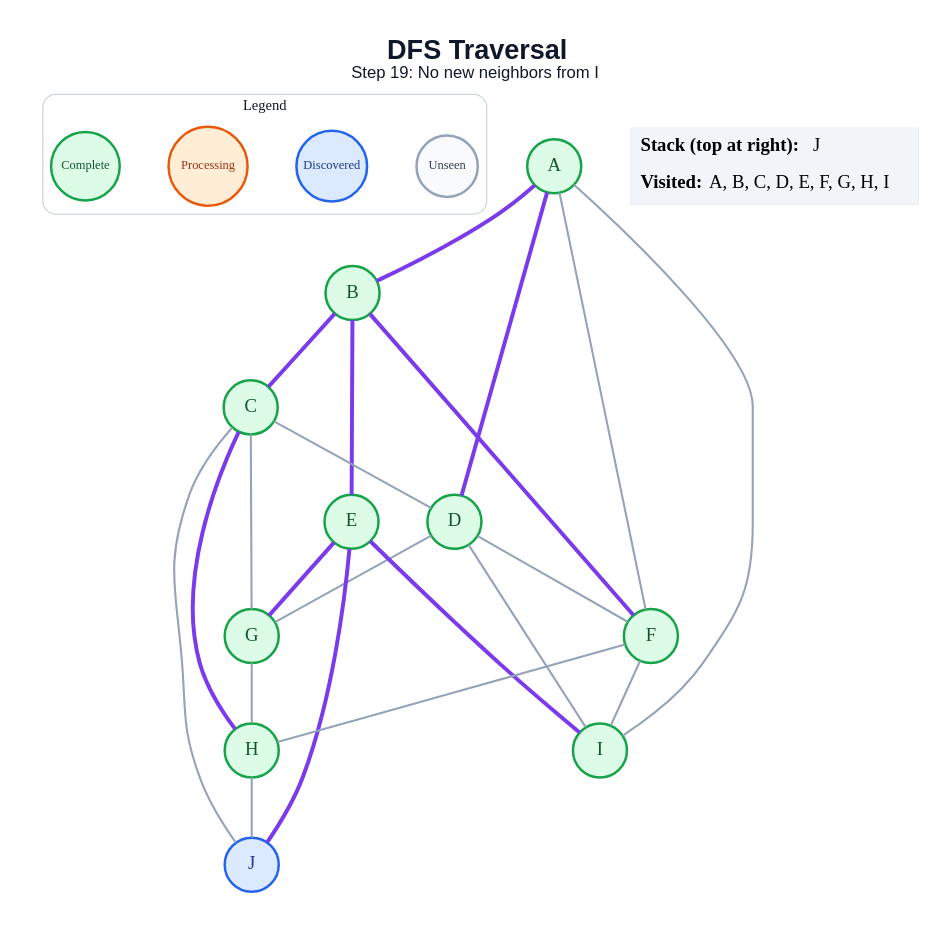
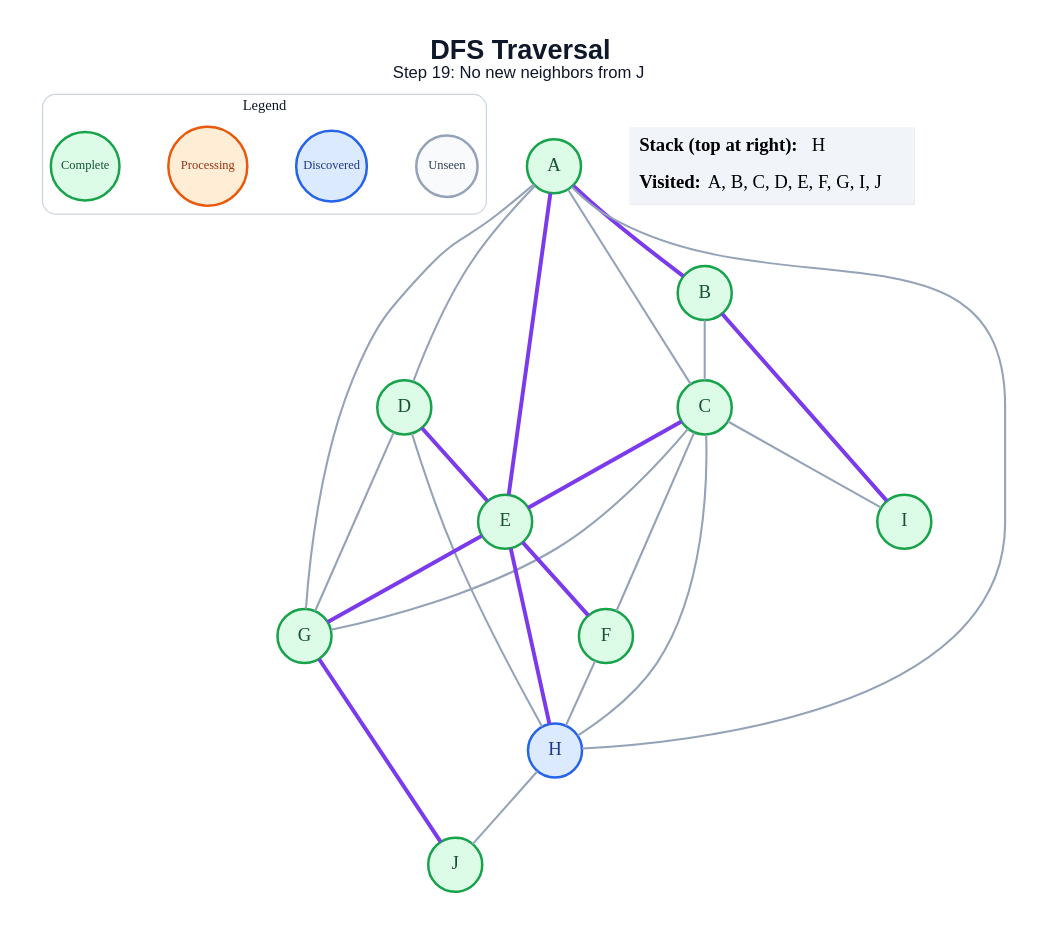
The diagram in generated/specific-node/dfs/step_19.dot (amanghodawala9/ai-slop), drawn with Graphviz before and after one commit. The commit also changed 178 other files, not shown here.

```diff
--- a/generated/specific-node/dfs/step_19.dot
+++ b/generated/specific-node/dfs/step_19.dot
@@ -1,50 +1,51 @@
 graph traversal {
   graph [layout=dot, rankdir=TB, bgcolor="#FFFFFF", pad="0.35", nodesep="0.65", ranksep="0.8", fontname="Arial"];
   node [shape=circle, style="filled", fontname="Arial Bold", fontsize=18, width=0.72, fixedsize=true, penwidth=2.4];
   edge [color="#94A3B8", penwidth=2.0];
-  label=<<B>DFS Traversal</B><BR/><FONT POINT-SIZE="16">Step 19: No new neighbors from I</FONT>>; labelloc="t"; fontsize=26; fontname="Arial"; fontcolor="#0F172A";
+  label=<<B>DFS Traversal</B><BR/><FONT POINT-SIZE="16">Step 19: No new neighbors from J</FONT>>; labelloc="t"; fontsize=26; fontname="Arial"; fontcolor="#0F172A";
   subgraph cluster_legend { label="Legend"; color="#CBD5E1"; penwidth=1.2; style="rounded"; fontsize=14; fontname="Arial Bold";
     key_unseen [label="Unseen", fillcolor="#F8FAFC", color="#94A3B8", fontcolor="#334155", fontsize=12, width=0.82];
     key_frontier [label="Discovered", fillcolor="#DBEAFE", color="#2563EB", fontcolor="#1E3A8A", fontsize=12, width=0.95];
     key_current [label="Processing", fillcolor="#FFEDD5", color="#EA580C", fontcolor="#9A3412", fontsize=12, width=1.05];
     key_done [label="Complete", fillcolor="#DCFCE7", color="#16A34A", fontcolor="#14532D", fontsize=12, width=0.92];
     { rank=same; key_unseen; key_frontier; key_current; key_done; }
   }
   A [fillcolor="#DCFCE7", color="#16A34A", fontcolor="#14532D"];
   B [fillcolor="#DCFCE7", color="#16A34A", fontcolor="#14532D"];
   C [fillcolor="#DCFCE7", color="#16A34A", fontcolor="#14532D"];
   D [fillcolor="#DCFCE7", color="#16A34A", fontcolor="#14532D"];
   E [fillcolor="#DCFCE7", color="#16A34A", fontcolor="#14532D"];
   F [fillcolor="#DCFCE7", color="#16A34A", fontcolor="#14532D"];
   G [fillcolor="#DCFCE7", color="#16A34A", fontcolor="#14532D"];
-  H [fillcolor="#DCFCE7", color="#16A34A", fontcolor="#14532D"];
+  H [fillcolor="#DBEAFE", color="#2563EB", fontcolor="#1E3A8A"];
   I [fillcolor="#DCFCE7", color="#16A34A", fontcolor="#14532D"];
-  J [fillcolor="#DBEAFE", color="#2563EB", fontcolor="#1E3A8A"];
+  J [fillcolor="#DCFCE7", color="#16A34A", fontcolor="#14532D"];
   A -- B [color="#7C3AED", penwidth=3.8];
-  A -- D [color="#7C3AED", penwidth=3.8];
-  A -- F;
-  A -- I;
-  B -- C [color="#7C3AED", penwidth=3.8];
-  B -- E [color="#7C3AED", penwidth=3.8];
-  B -- F [color="#7C3AED", penwidth=3.8];
-  C -- D;
+  A -- C;
+  A -- D;
+  A -- E [color="#7C3AED", penwidth=3.8];
+  A -- G;
+  A -- H;
+  B -- C;
+  B -- I [color="#7C3AED", penwidth=3.8];
+  C -- E [color="#7C3AED", penwidth=3.8];
+  C -- F;
   C -- G;
-  C -- H [color="#7C3AED", penwidth=3.8];
-  C -- J;
-  D -- F;
+  C -- H;
+  C -- I;
+  D -- E [color="#7C3AED", penwidth=3.8];
   D -- G;
-  D -- I;
+  D -- H;
+  E -- F [color="#7C3AED", penwidth=3.8];
   E -- G [color="#7C3AED", penwidth=3.8];
-  E -- I [color="#7C3AED", penwidth=3.8];
-  E -- J [color="#7C3AED", penwidth=3.8];
+  E -- H [color="#7C3AED", penwidth=3.8];
   F -- H;
-  F -- I;
-  G -- H;
+  G -- J [color="#7C3AED", penwidth=3.8];
   H -- J;
   status [shape=plain, fixedsize=false, width=0, height=0, margin=0, label=<
     <TABLE BORDER="0" CELLBORDER="0" CELLPADDING="7" BGCOLOR="#F1F5F9">
-      <TR><TD ALIGN="LEFT"><B>Stack (top at right):</B> J</TD></TR>
-      <TR><TD ALIGN="LEFT"><B>Visited:</B> A, B, C, D, E, F, G, H, I</TD></TR>
+      <TR><TD ALIGN="LEFT"><B>Stack (top at right):</B> H</TD></TR>
+      <TR><TD ALIGN="LEFT"><B>Visited:</B> A, B, C, D, E, F, G, I, J</TD></TR>
     </TABLE>
   >];
 }
```
